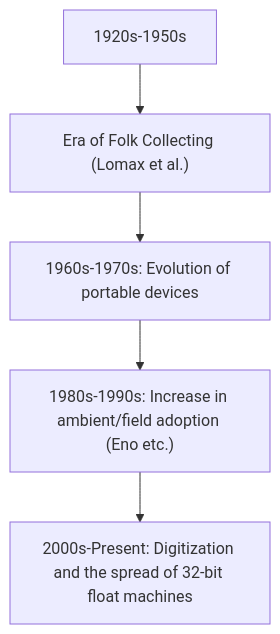
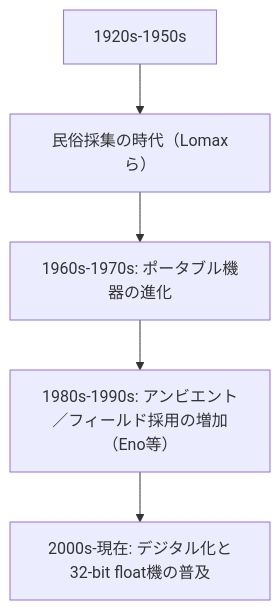
Before and after one commit to monumental-movement/monumental-movement.github.io: the diagram in en/_posts/2025-09-30-Column-Field-Recording.md, drawn with Mermaid. The commit also changed other lines of this file and 1701 other files, not shown here.

```diff
--- a/en/_posts/2025-09-30-Column-Field-Recording.md
+++ b/en/_posts/2025-09-30-Column-Field-Recording.md
@@ -42,7 +38,7 @@
 <div class="mermaid">
 flowchart TD
-A["1920s-1950s"] --> B["Era of Folk Collecting (Lomax et al.)"]
-B --> C["1960s-1970s: Evolution of portable devices"]
-C --> D["1980s-1990s: Increase in ambient/field adoption (Eno etc.)"]
-D --> E["2000s-Present: Digitization and the spread of 32-bit float machines"]
+  A["1920s-1950s"] --> B["民俗採集の時代（Lomaxら）"]
+  B --> C["1960s-1970s: ポータブル機器の進化"]
+  C --> D["1980s-1990s: アンビエント／フィールド採用の増加（Eno等）"]
+  D --> E["2000s-現在: デジタル化と32-bit float機の普及"]
 </div>
```
